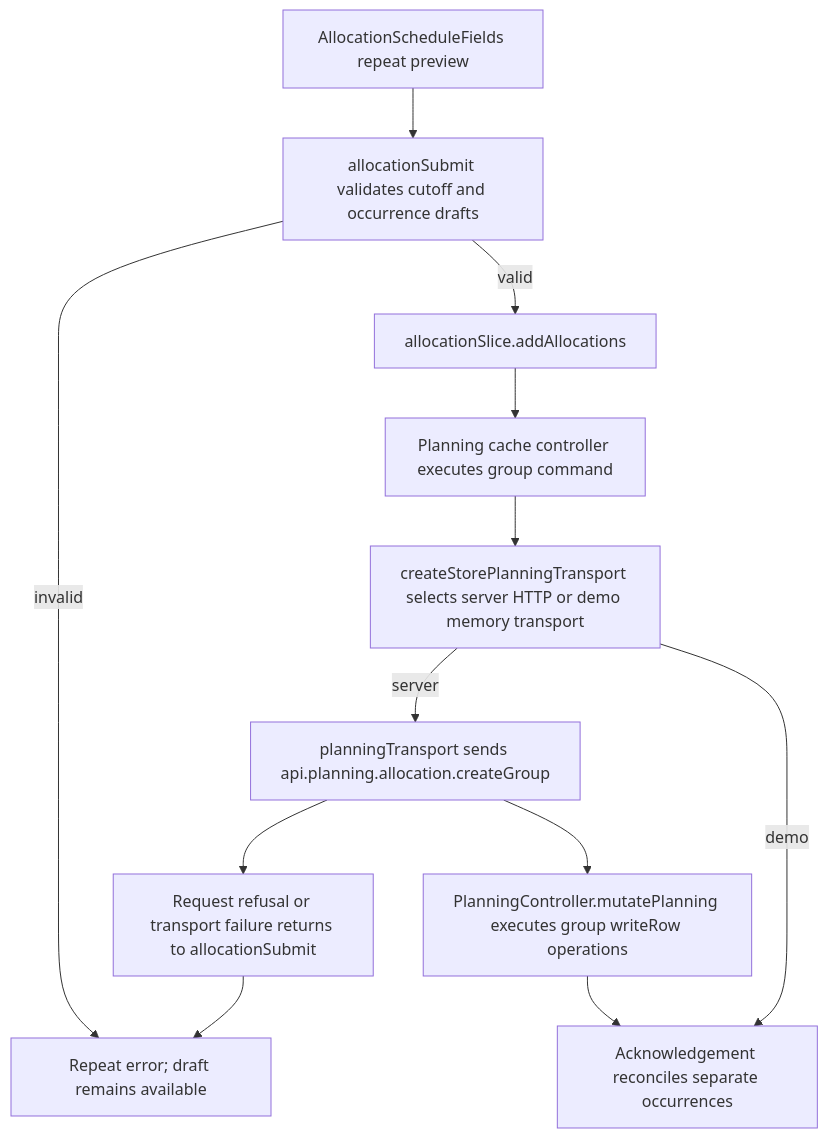
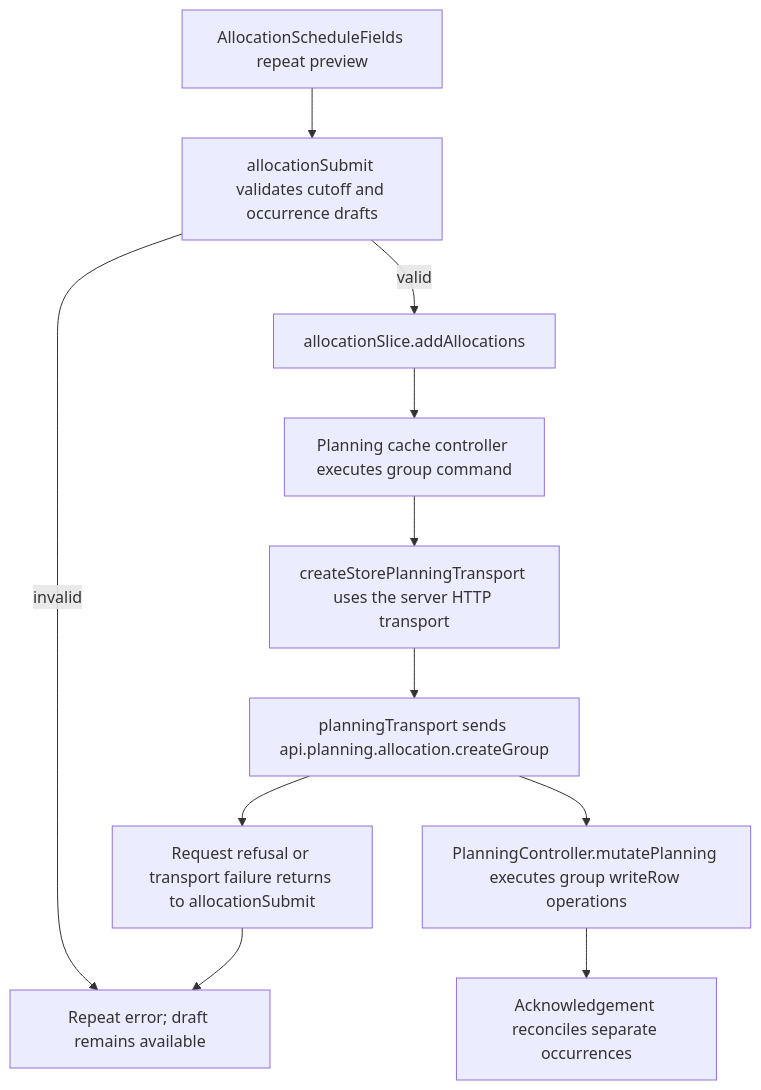
One commit to Kevinjohn/capacitylens changed the second of 2 diagrams in user-stories/allocation/US-ALL-09-repeat-creation.md. Above: the diagram before and after it, drawn with Mermaid. The commit also changed other lines of this file and 343 other files, not shown here.

Commit message:
feat: use server-owned company planning and a disposable development demo

````diff
--- a/user-stories/allocation/US-ALL-09-repeat-creation.md
+++ b/user-stories/allocation/US-ALL-09-repeat-creation.md
@@ -44,14 +44,13 @@
 ```mermaid
 flowchart TD
   A["AllocationScheduleFields repeat preview"] --> B["allocationSubmit validates cutoff and occurrence drafts"]
   B -->|valid| C["allocationSlice.addAllocations"]
   B -->|invalid| I["Repeat/date error; no write"]
   C --> D["Planning cache controller executes group command"]
-  D --> E["createStorePlanningTransport selects server HTTP or demo memory transport"]
-  E -->|server| F["planningTransport sends api.planning.allocation.createGroup"]
+  D --> E["createStorePlanningTransport uses the server HTTP transport"]
+  E --> F["planningTransport sends api.planning.allocation.createGroup"]
   F --> J["Request refusal or transport failure returns to allocationSubmit"]
   J --> I["Repeat error; draft remains available"]
   F --> G["PlanningController.mutatePlanning executes group writeRow operations"]
   G --> H["Acknowledgement reconciles separate occurrences"]
-  E -->|demo| H
 ```
````
